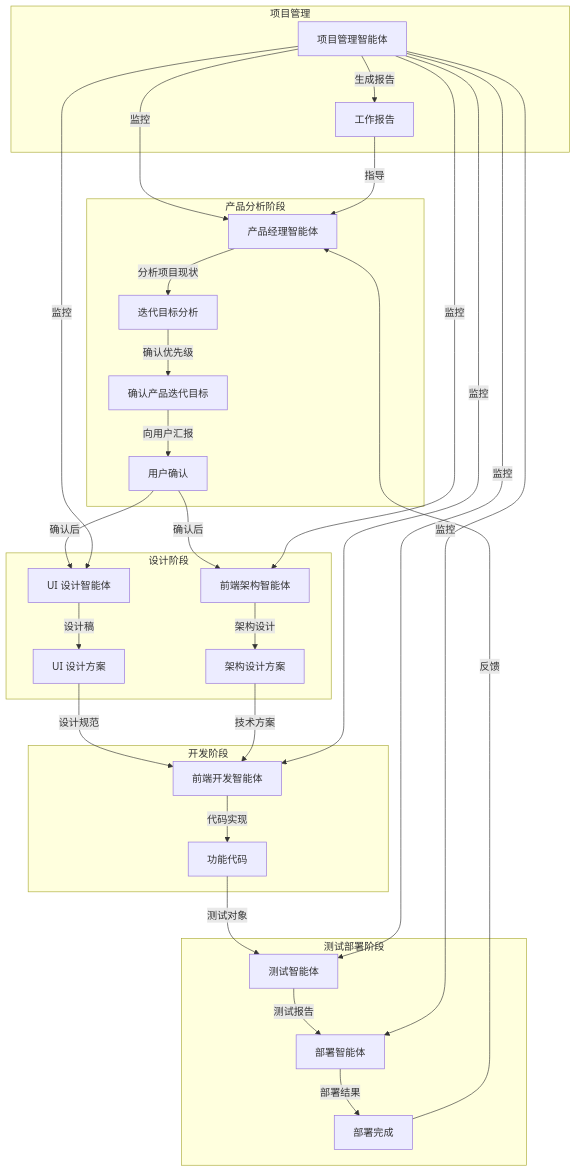
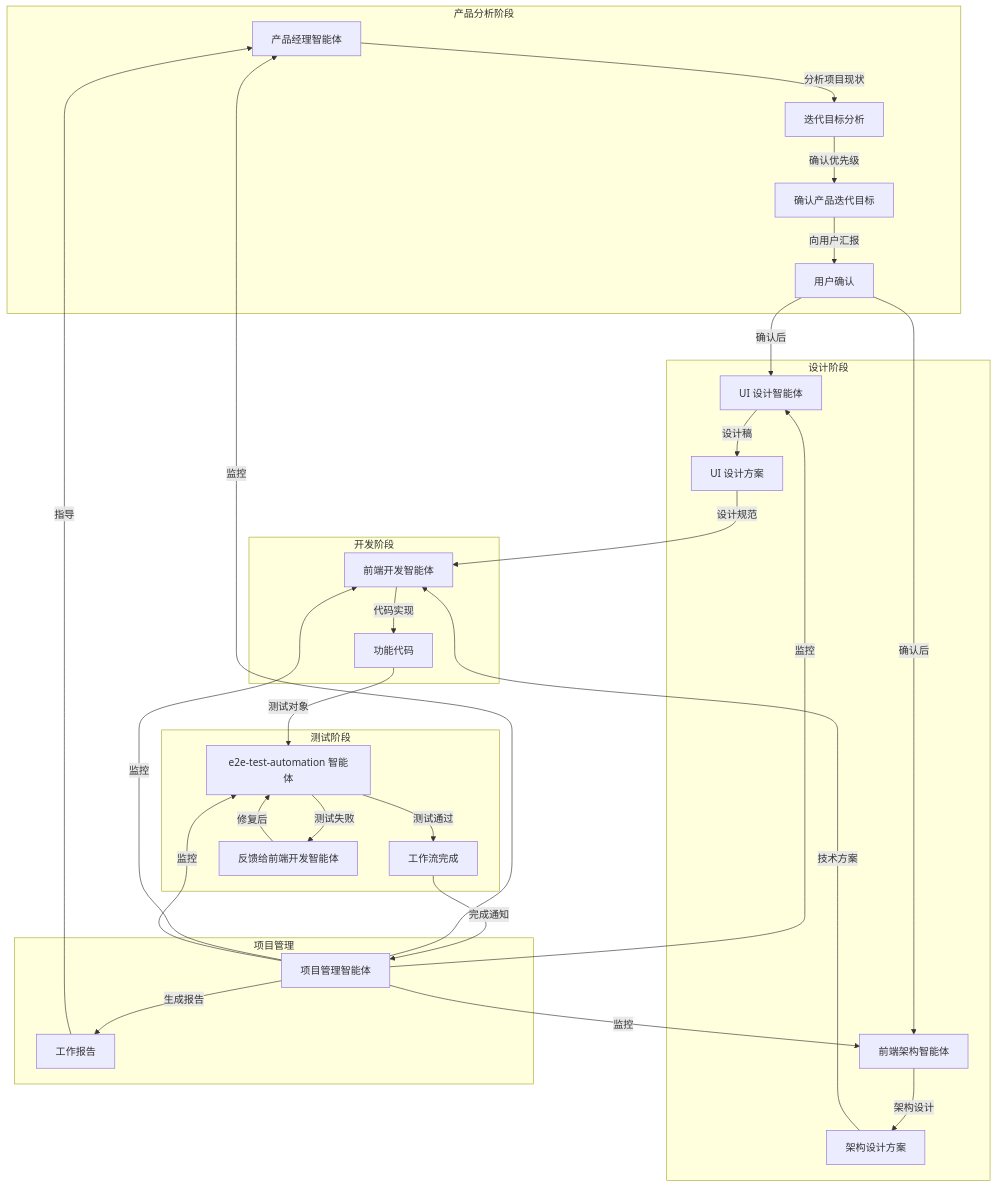
Before and after one commit to JPs-git/todo-solo: the diagram in agent_workflow/multi-agent-workflow.md, drawn with Mermaid. The commit also changed other lines of this file, not shown here.

Commit message:
docs(agent_workflow): 添加 e2e-test-automation 智能体文档

````diff
--- a/agent_workflow/multi-agent-workflow.md
+++ b/agent_workflow/multi-agent-workflow.md
@@ -45,40 +46,40 @@
 ```mermaid
 flowchart TD
     subgraph 产品分析阶段
         A[产品经理智能体] -->|分析项目现状| B[迭代目标分析]
         B -->|确认优先级| C[确认产品迭代目标]
         C -->|向用户汇报| D[用户确认]
     end
 
     subgraph 设计阶段
         D -->|确认后| E[UI 设计智能体]
         D -->|确认后| F[前端架构智能体]
         E -->|设计稿| G[UI 设计方案]
         F -->|架构设计| H[架构设计方案]
     end
 
     subgraph 开发阶段
         G -->|设计规范| I[前端开发智能体]
         H -->|技术方案| I
         I -->|代码实现| J[功能代码]
     end
 
-    subgraph 测试部署阶段
-        J -->|测试对象| K[测试智能体]
-        K -->|测试报告| L[部署智能体]
-        L -->|部署结果| M[部署完成]
+    subgraph 测试阶段
+        J -->|测试对象| P[e2e-test-automation 智能体]
+        P -->|测试通过| Q[工作流完成]
+        P -->|测试失败| R[反馈给前端开发智能体]
+        R -->|修复后| P
     end
 
     subgraph 项目管理
         N[项目管理智能体] -->|监控| A
         N -->|监控| E
         N -->|监控| F
         N -->|监控| I
-        N -->|监控| K
-        N -->|监控| L
-        M -->|反馈| A
+        N -->|监控| P
+        Q -->|完成通知| N
         N -->|生成报告| O[工作报告]
     end
 
     O -->|指导| A
 ```
````
